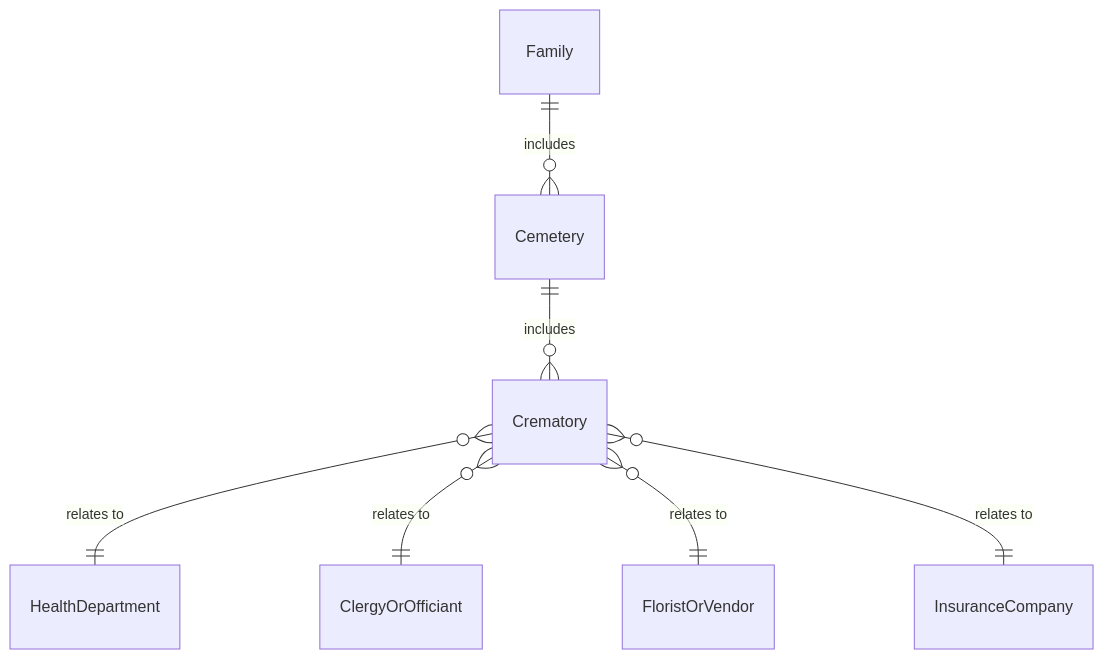
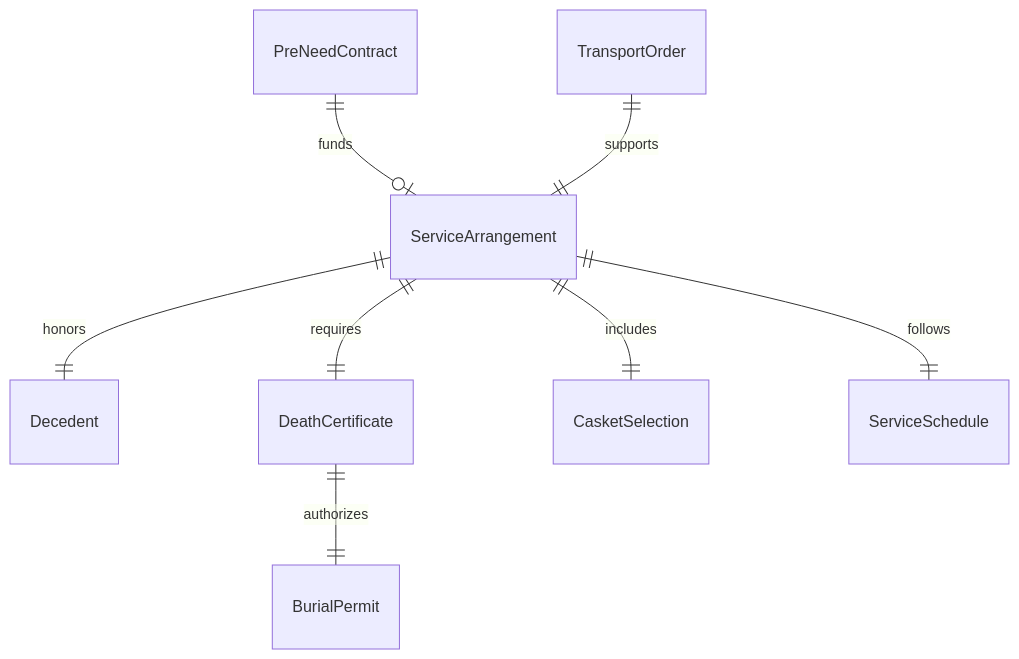
The first of 4 diagrams in GuidingDirectingAndMotivatingSubordinates/DirectOrganizationalOperationsActivitiesOrProcedures/DirectFuneralMortuaryActivities.mdx (dot-org-ai/tasks.org.ai), drawn with Mermaid before and after one commit. The commit also changed other lines of this file and 515 other files, not shown here.

````diff
--- a/GuidingDirectingAndMotivatingSubordinates/DirectOrganizationalOperationsActivitiesOrProcedures/DirectFuneralMortuaryActivities.mdx
+++ b/GuidingDirectingAndMotivatingSubordinates/DirectOrganizationalOperationsActivitiesOrProcedures/DirectFuneralMortuaryActivities.mdx
@@ -93,9 +93,10 @@
 ```mermaid
 erDiagram
-    Family ||--o{ Cemetery : includes
-    Cemetery ||--o{ Crematory : includes
-    Crematory }o--|| HealthDepartment : "relates to"
-    Crematory }o--|| ClergyOrOfficiant : "relates to"
-    Crematory }o--|| FloristOrVendor : "relates to"
-    Crematory }o--|| InsuranceCompany : "relates to"
+    ServiceArrangement ||--|| Decedent : "honors"
+    ServiceArrangement ||--|| DeathCertificate : "requires"
+    DeathCertificate ||--|| BurialPermit : "authorizes"
+    ServiceArrangement ||--|| CasketSelection : "includes"
+    ServiceArrangement ||--|| ServiceSchedule : "follows"
+    PreNeedContract ||--o| ServiceArrangement : "funds"
+    TransportOrder ||--|| ServiceArrangement : "supports"
 ```
````
